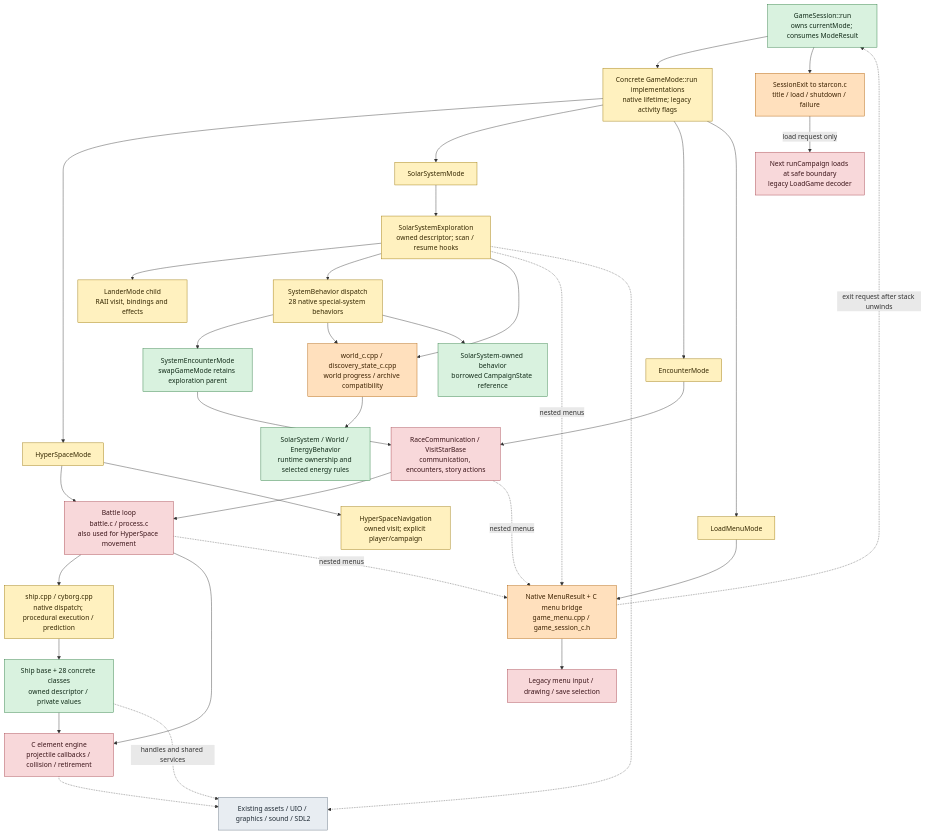
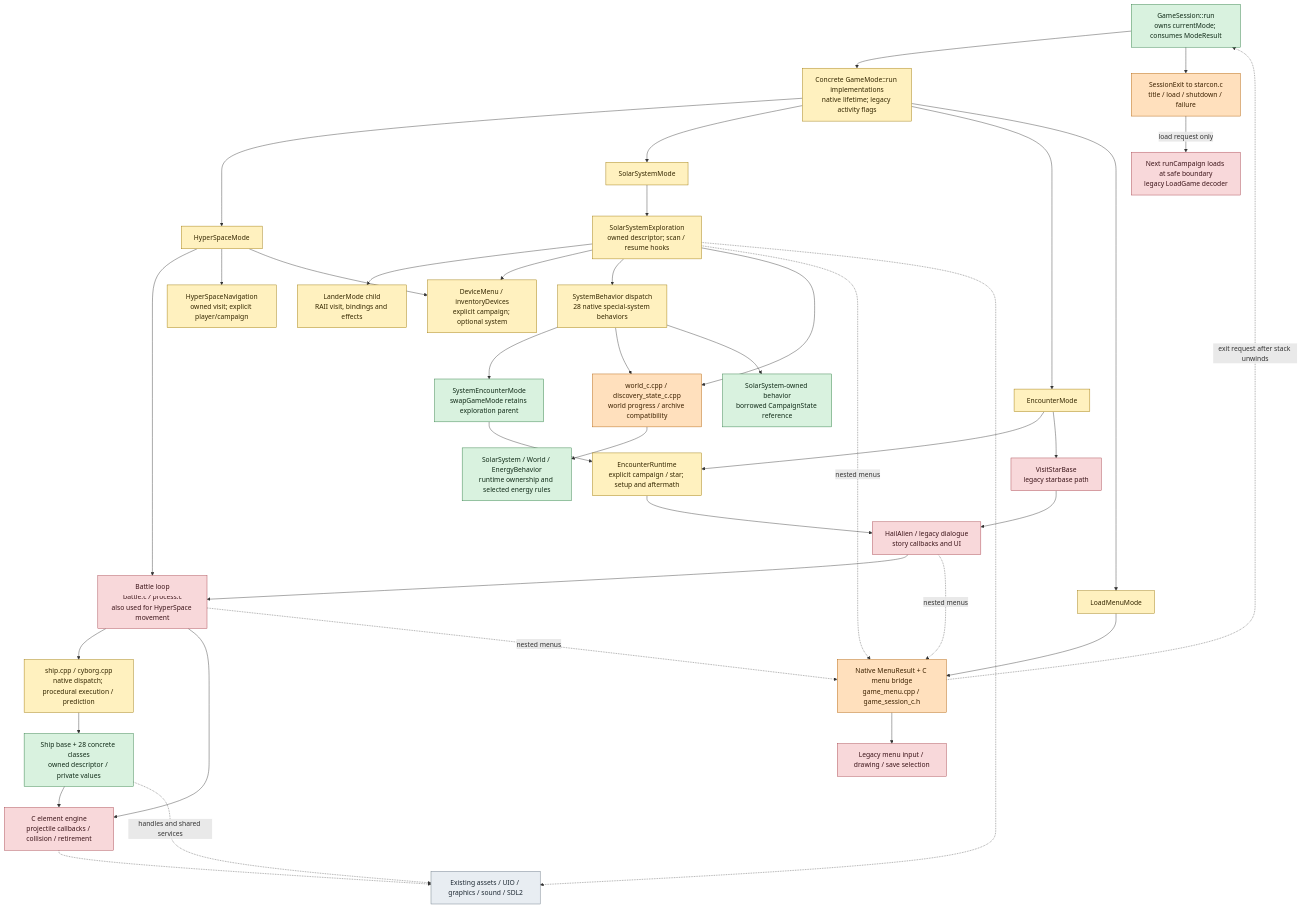
The first of 3 diagrams in docs/design/runtime-map.md (yost-jacob/uqm-cpp17), drawn with Mermaid before and after one commit. The commit also changed other lines of this file and 1 other file, not shown here.

Commit message:
Document native encounter and device callback boundaries

````diff
--- a/docs/design/runtime-map.md
+++ b/docs/design/runtime-map.md
@@ -20,49 +20,54 @@
 ```mermaid
 flowchart TD
     D["GameSession::run<br/>owns currentMode; consumes ModeResult"]:::native
     M["Concrete GameMode::run implementations<br/>native lifetime; legacy activity flags"]:::mixed
     D --> M
     M --> H["HyperSpaceMode"]:::mixed
     M --> S["SolarSystemMode"]:::mixed
     M --> E["EncounterMode"]:::mixed
     M --> O["LoadMenuMode"]:::mixed
 
     H --> B["Battle loop<br/>battle.c / process.c<br/>also used for HyperSpace movement"]:::legacy
     H --> HP["HyperSpaceNavigation<br/>owned visit; explicit player/campaign"]:::mixed
     S --> EX["SolarSystemExploration<br/>owned descriptor; scan / resume hooks"]:::mixed
     EX --> LM["LanderMode child<br/>RAII visit, bindings and effects"]:::mixed
-    E --> EC["RaceCommunication / VisitStarBase<br/>communication, encounters, story actions"]:::legacy
+    E --> ER["EncounterRuntime<br/>explicit campaign / star; setup and aftermath"]:::mixed
+    ER --> EC["HailAlien / legacy dialogue<br/>story callbacks and UI"]:::legacy
+    E --> BASE["VisitStarBase<br/>legacy starbase path"]:::legacy
+    BASE --> EC
+    H --> DEV["DeviceMenu / inventoryDevices<br/>explicit campaign; optional system"]:::mixed
+    EX --> DEV
     EC --> B
 
     B --> SE["ship.cpp / cyborg.cpp<br/>native dispatch; procedural execution / prediction"]:::mixed
     SE --> SH["Ship base + 28 concrete classes<br/>owned descriptor / private values"]:::native
     SH --> EL["C element engine<br/>projectile callbacks / collision / retirement"]:::legacy
     B --> EL
 
     EX --> GEN["SystemBehavior dispatch<br/>28 native special-system behaviors"]:::mixed
     EX --> WA["world_c.cpp / discovery_state_c.cpp<br/>world progress / archive compatibility"]:::adapter
     GEN --> CHILD["SystemEncounterMode<br/>swapGameMode retains exploration parent"]:::native
-    CHILD --> EC
+    CHILD --> ER
     GEN --> WA
     GEN --> SB["SolarSystem-owned behavior<br/>borrowed CampaignState reference"]:::native
     WA --> WO["SolarSystem / World / EnergyBehavior<br/>runtime ownership and selected energy rules"]:::native
 
     O --> MN["Native MenuResult + C menu bridge<br/>game_menu.cpp / game_session_c.h"]:::adapter
     B -. nested menus .-> MN
     EX -. nested menus .-> MN
     EC -. nested menus .-> MN
     MN --> UI["Legacy menu input / drawing / save selection"]:::legacy
     MN -. exit request after stack unwinds .-> D
     D --> EXIT["SessionExit to starcon.c<br/>title / load / shutdown / failure"]:::adapter
     EXIT -->|load request only| LOAD["Next runCampaign loads at safe boundary<br/>legacy LoadGame decoder"]:::legacy
 
     SH -. handles and shared services .-> RES["Existing assets / UIO / graphics / sound / SDL2"]:::foundation
     EL -.-> RES
     EX -.-> RES
 
     classDef native fill:#d9f2df,stroke:#27783d,color:#102a17;
     classDef mixed fill:#fff1bf,stroke:#9a7400,color:#342700;
     classDef adapter fill:#ffe0bd,stroke:#af5c00,color:#3c2100;
     classDef legacy fill:#f8d8da,stroke:#a43f48,color:#3b1419;
     classDef foundation fill:#e8edf2,stroke:#667582,color:#1e2933;
 ```
````
